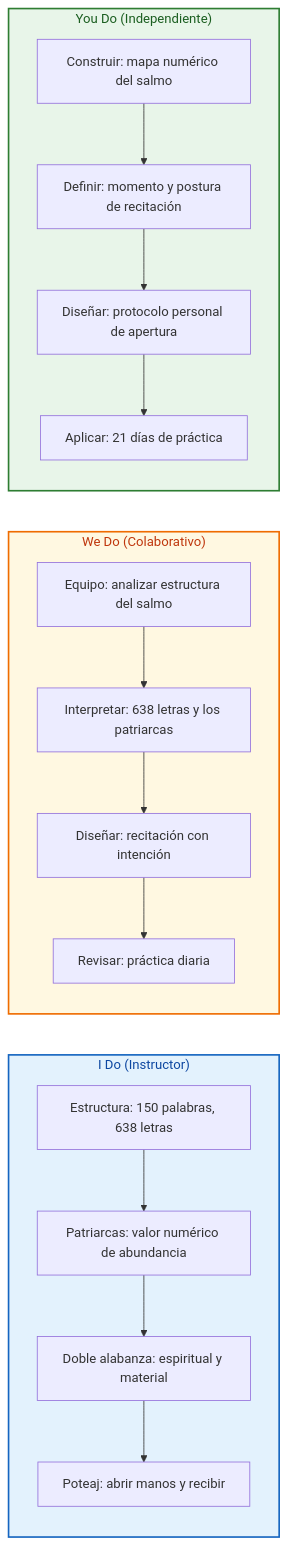
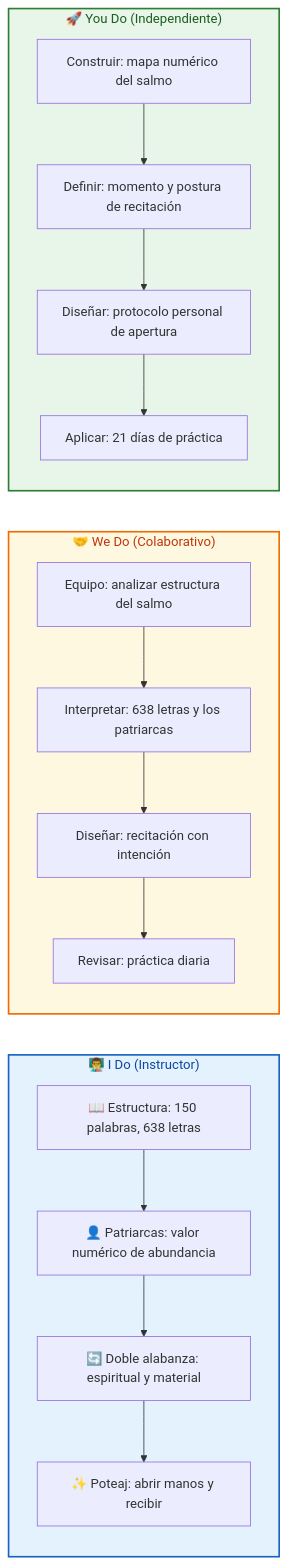
The second of 7 diagrams in src/content/blog/masterclass-salmo-145-abundancia-daniel-chapan.md (jeroroldan/jeronimo-blog), drawn with Mermaid before and after one commit. The commit also changed other lines of this file and 1 other file, not shown here.

````diff
--- a/src/content/blog/masterclass-salmo-145-abundancia-daniel-chapan.md
+++ b/src/content/blog/masterclass-salmo-145-abundancia-daniel-chapan.md
@@ -67,25 +67,25 @@
 ```mermaid
 flowchart LR
-    subgraph I_Do["I Do (Instructor)"]
+    subgraph I_Do["👨‍🏫 I Do (Instructor)"]
         direction TB
-        A1[Estructura: 150 palabras, 638 letras] --> A2[Patriarcas: valor numérico de abundancia] --> A3[Doble alabanza: espiritual y material] --> A4[Poteaj: abrir manos y recibir]
+        A1[📖 Estructura: 150 palabras, 638 letras] --> A2[👤 Patriarcas: valor numérico de abundancia] --> A3[🔄 Doble alabanza: espiritual y material] --> A4[✨ Poteaj: abrir manos y recibir]
     end
     
-    subgraph We_Do["We Do (Colaborativo)"]
+    subgraph We_Do["🤝 We Do (Colaborativo)"]
         direction TB
         B1[Equipo: analizar estructura del salmo] --> B2[Interpretar: 638 letras y los patriarcas] --> B3[Diseñar: recitación con intención] --> B4[Revisar: práctica diaria]
     end
     
-    subgraph You_Do["You Do (Independiente)"]
+    subgraph You_Do["🚀 You Do (Independiente)"]
         direction TB
         C1[Construir: mapa numérico del salmo] --> C2[Definir: momento y postura de recitación] --> C3[Diseñar: protocolo personal de apertura] --> C4[Aplicar: 21 días de práctica]
     end
     
     classDef I_DoStyle fill:#E3F2FD,stroke:#1565C0,stroke-width:2px,color:#0D47A1;
     classDef We_DoStyle fill:#FFF8E1,stroke:#EF6C00,stroke-width:2px,color:#BF360C;
     classDef You_DoStyle fill:#E8F5E9,stroke:#2E7D32,stroke-width:2px,color:#1B5E20;
     
     class I_Do I_DoStyle;
     class We_Do We_DoStyle;
     class You_Do You_DoStyle;
 ```
````
